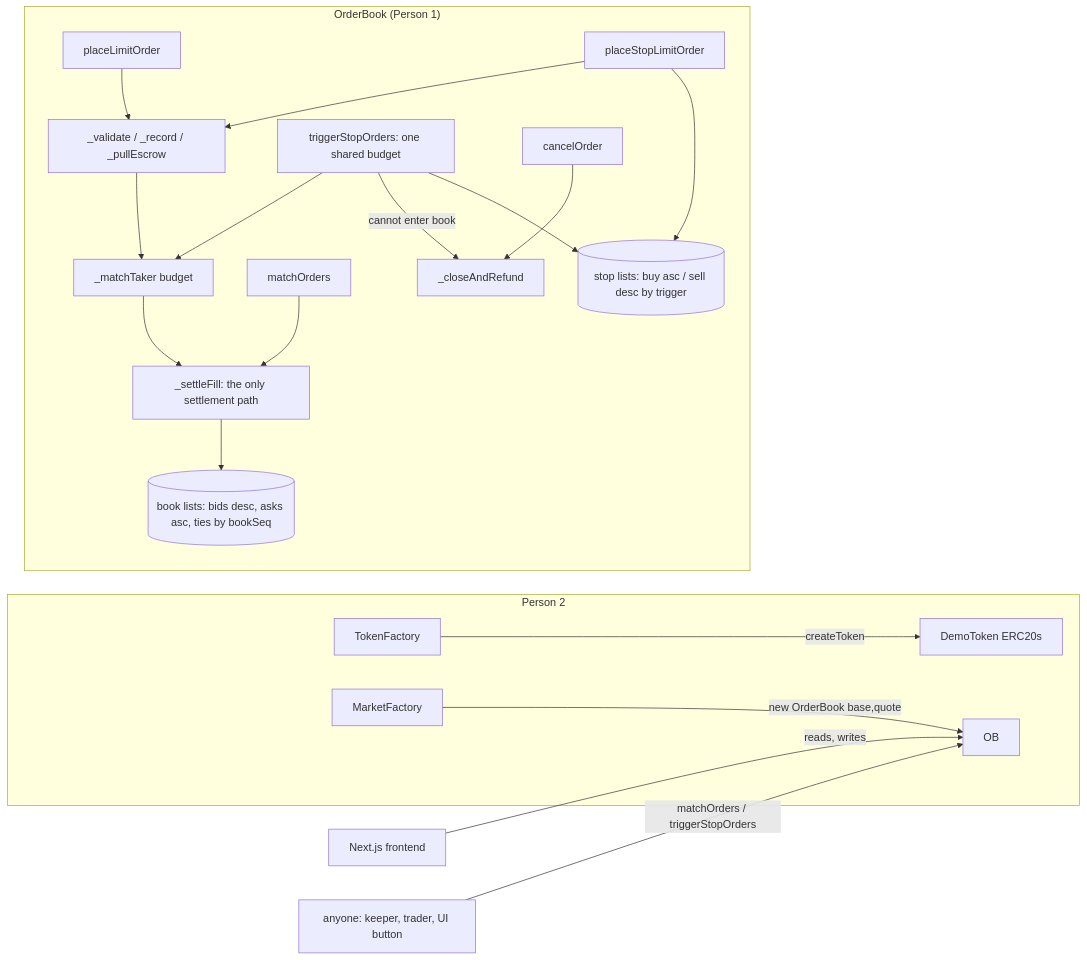
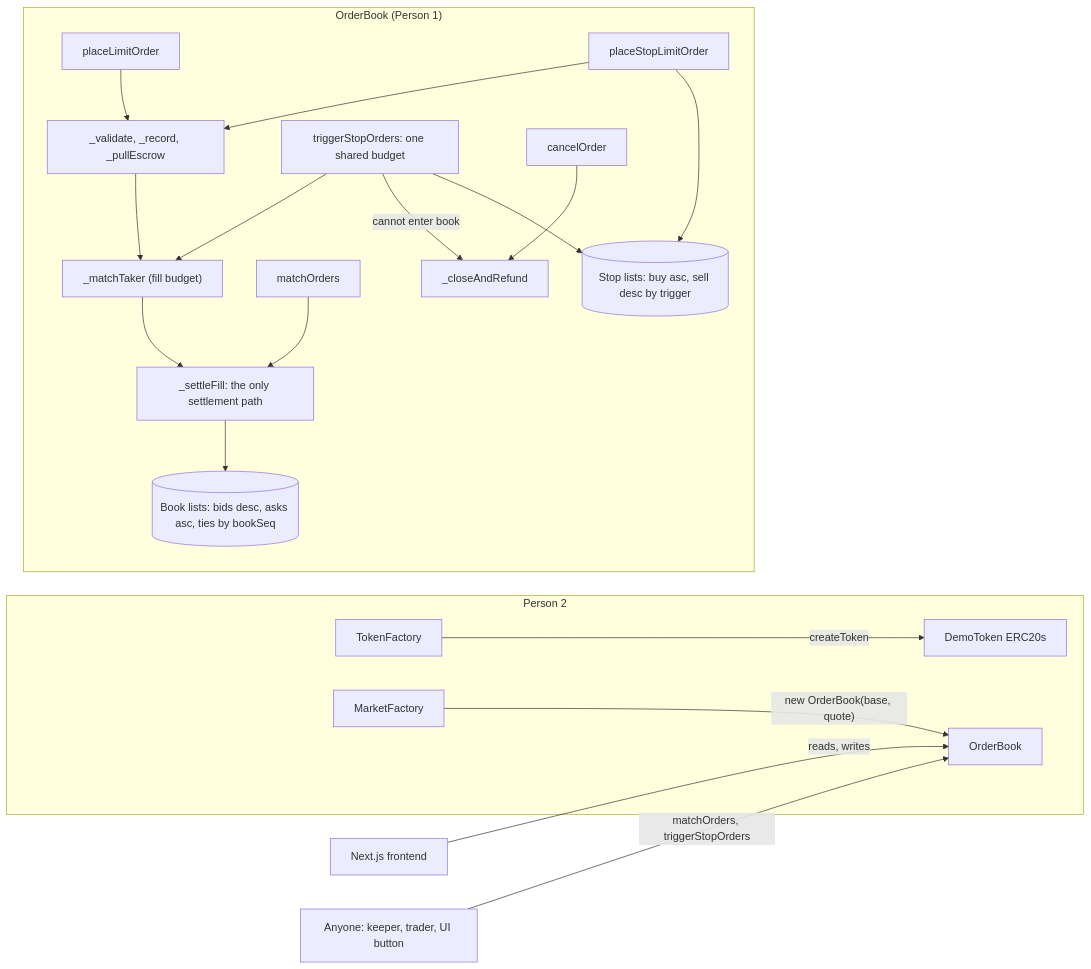
One commit to Nitecry7/SC4053-BlockChain-Project changed the diagram in docs/report/4-architecture-engine.md. Above: the diagram before and after it, drawn with Mermaid. The commit also changed 5 other files, not shown here.

````diff
--- a/docs/report/4-architecture-engine.md
+++ b/docs/report/4-architecture-engine.md
@@ -21,23 +21,24 @@
 ```mermaid
 flowchart LR
   subgraph Person2["Person 2"]
-    TF[TokenFactory] -->|createToken| DT[DemoToken ERC20s]
-    MF[MarketFactory] -->|new OrderBook base,quote| OB
+    TF["TokenFactory"] -->|"createToken"| DT["DemoToken ERC20s"]
+    MF["MarketFactory"] -->|"new OrderBook(base, quote)"| OB
   end
   subgraph Engine["OrderBook (Person 1)"]
     direction TB
-    P[placeLimitOrder] --> V[_validate / _record / _pullEscrow]
-    PS[placeStopLimitOrder] --> V
-    V --> MT[_matchTaker budget]
-    MT --> SF[_settleFill: the only settlement path]
-    MO[matchOrders] --> SF
-    TR[triggerStopOrders: one shared budget] --> MT
-    C[cancelOrder] --> CR[_closeAndRefund]
-    TR -->|cannot enter book| CR
-    SF --> L[(book lists: bids desc, asks asc, ties by bookSeq)]
-    PS --> S[(stop lists: buy asc / sell desc by trigger)]
+    OB["OrderBook"]
+    P["placeLimitOrder"] --> V["_validate, _record, _pullEscrow"]
+    PS["placeStopLimitOrder"] --> V
+    V --> MT["_matchTaker (fill budget)"]
+    MT --> SF["_settleFill: the only settlement path"]
+    MO["matchOrders"] --> SF
+    TR["triggerStopOrders: one shared budget"] --> MT
+    C["cancelOrder"] --> CR["_closeAndRefund"]
+    TR -->|"cannot enter book"| CR
+    SF --> L[("Book lists: bids desc, asks asc, ties by bookSeq")]
+    PS --> S[("Stop lists: buy asc, sell desc by trigger")]
     TR --> S
   end
-  W[Next.js frontend] -->|reads, writes| OB
-  K[anyone: keeper, trader, UI button] -->|matchOrders / triggerStopOrders| OB
+  W["Next.js frontend"] -->|"reads, writes"| OB
+  K["Anyone: keeper, trader, UI button"] -->|"matchOrders, triggerStopOrders"| OB
 ```
````
